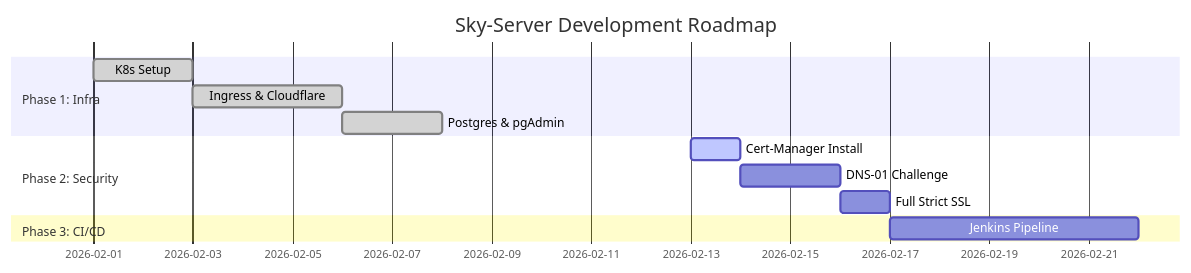
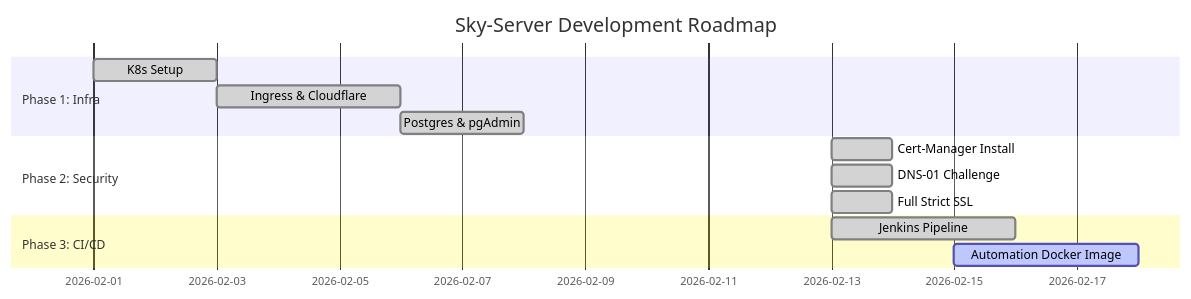
One commit to tenkai0812/server-infra changed the diagram in README.md. Above: the diagram before and after it, drawn with Mermaid.

Commit message:
docs: update README.md with Roadmap

````diff
--- a/README.md
+++ b/README.md
@@ -2,17 +2,18 @@
 ```mermaid
 gantt
     title Sky-Server Development Roadmap
     dateFormat  2026-02-12
     section Phase 1: Infra
-    K8s Setup           :done,    des1, 2026-02-01, 2d
-    Ingress & Cloudflare:done,    des2, 2026-02-03, 3d
-    Postgres & pgAdmin  :done,    des3, 2026-02-06, 2d
+    K8s Setup               :done,  des1, 2026-02-01, 2d
+    Ingress & Cloudflare    :done,  des2, 2026-02-03, 3d
+    Postgres & pgAdmin      :done,  des3, 2026-02-06, 2d
     
     section Phase 2: Security
-    Cert-Manager Install:active,  des4, 2026-02-12, 1d
-    DNS-01 Challenge    :         des5, after des4, 2d
-    Full Strict SSL     :         des6, after des5, 1d
+    Cert-Manager Install    :done,  des4, 2026-02-12, 1d
+    DNS-01 Challenge        :done,  des5, 2026-02-13, 1d
+    Full Strict SSL         :done,  des6, 2026-02-13, 1d
     
     section Phase 3: CI/CD
-    Jenkins Pipeline    :         des7, after des6, 5d
+    Jenkins Pipeline        :done,  des7, 2026-02-13, 3d
+    Automation Docker Image :active,des8, 2026-02-15, 3d
 ```
````
